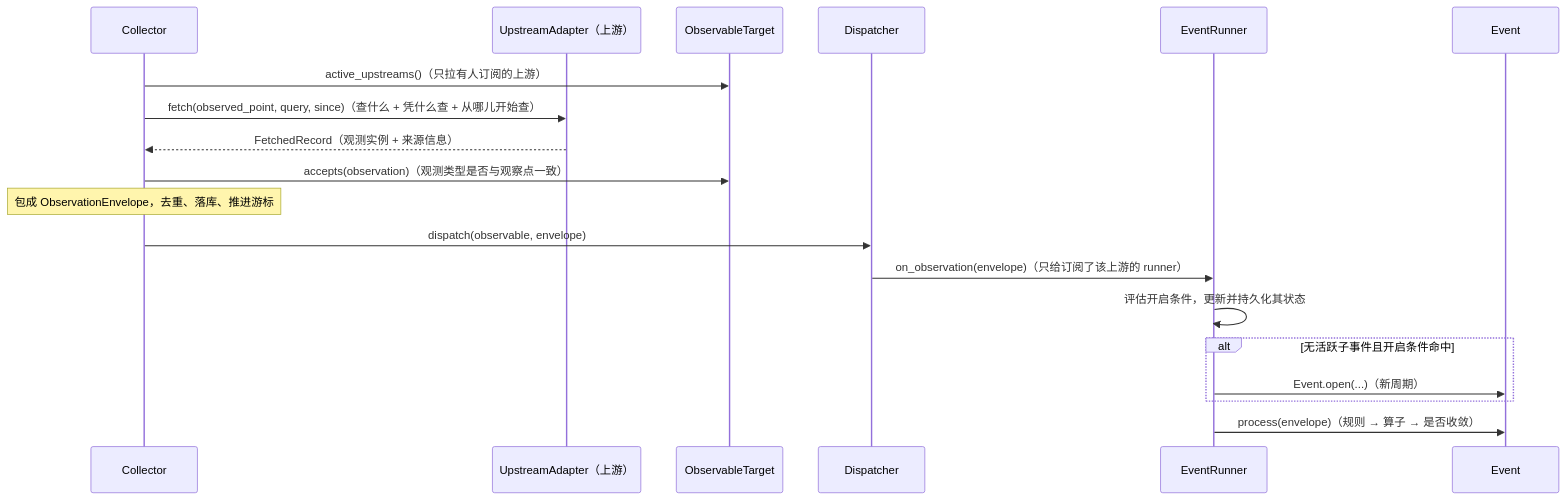
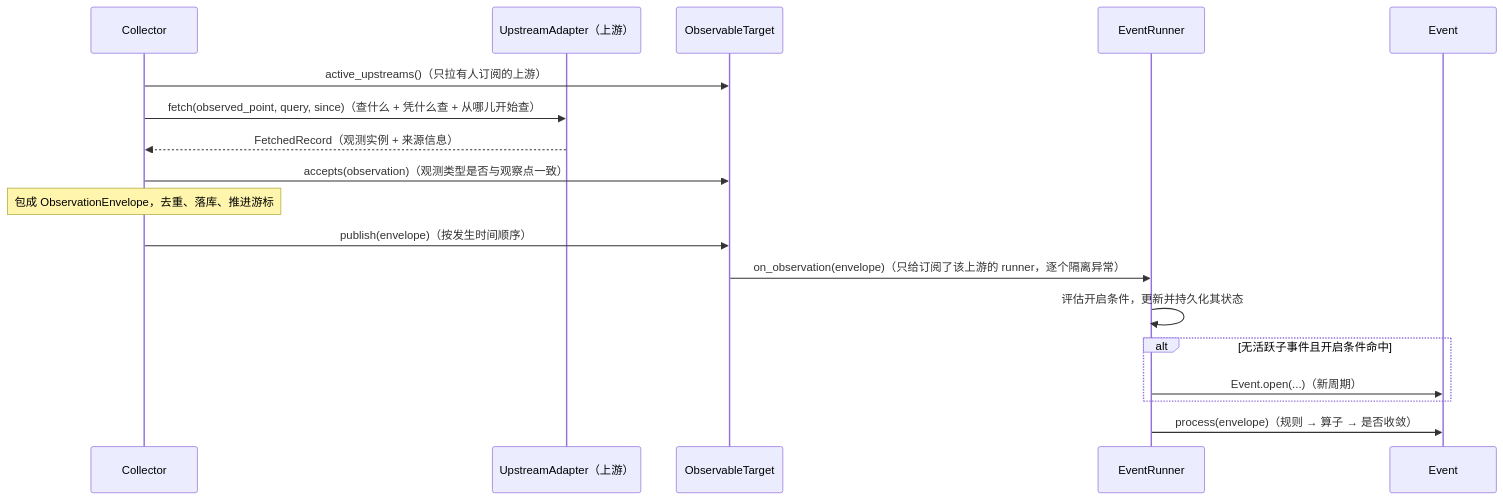
Before and after one commit to Jeromexsu/Orion: the second of 5 diagrams in README.md, drawn with Mermaid. The commit also changed other lines of this file and 11 other files, not shown here.

````diff
--- a/README.md
+++ b/README.md
@@ -64,22 +64,21 @@
 ```mermaid
 sequenceDiagram
   participant C as Collector
   participant A as UpstreamAdapter（上游）
   participant O as ObservableTarget
-  participant D as Dispatcher
   participant R as EventRunner
   participant E as Event
 
   C->>O: active_upstreams()（只拉有人订阅的上游）
   C->>A: fetch(observed_point, query, since)（查什么 + 凭什么查 + 从哪儿开始查）
   A-->>C: FetchedRecord（观测实例 + 来源信息）
   C->>O: accepts(observation)（观测类型是否与观察点一致）
   Note over C: 包成 ObservationEnvelope，去重、落库、推进游标
-  C->>D: dispatch(observable, envelope)
-  D->>R: on_observation(envelope)（只给订阅了该上游的 runner）
+  C->>O: publish(envelope)（按发生时间顺序）
+  O->>R: on_observation(envelope)（只给订阅了该上游的 runner，逐个隔离异常）
   R->>R: 评估开启条件，更新并持久化其状态
   alt 无活跃子事件且开启条件命中
     R->>E: Event.open(...)（新周期）
   end
   R->>E: process(envelope)（规则 → 算子 → 是否收敛）
 ```
````
